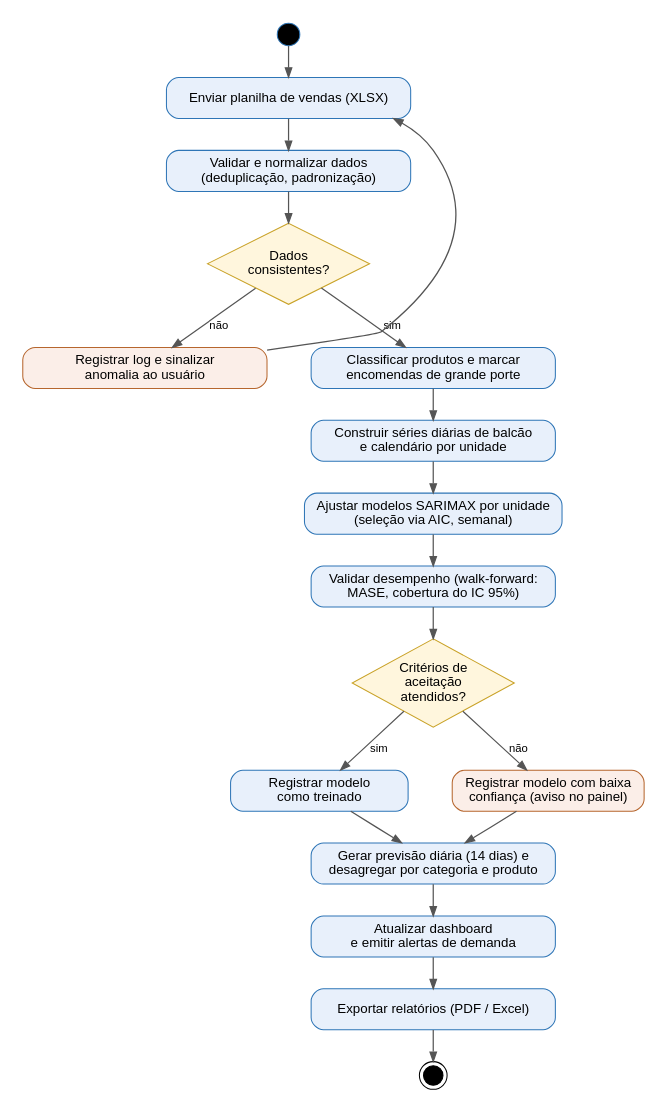
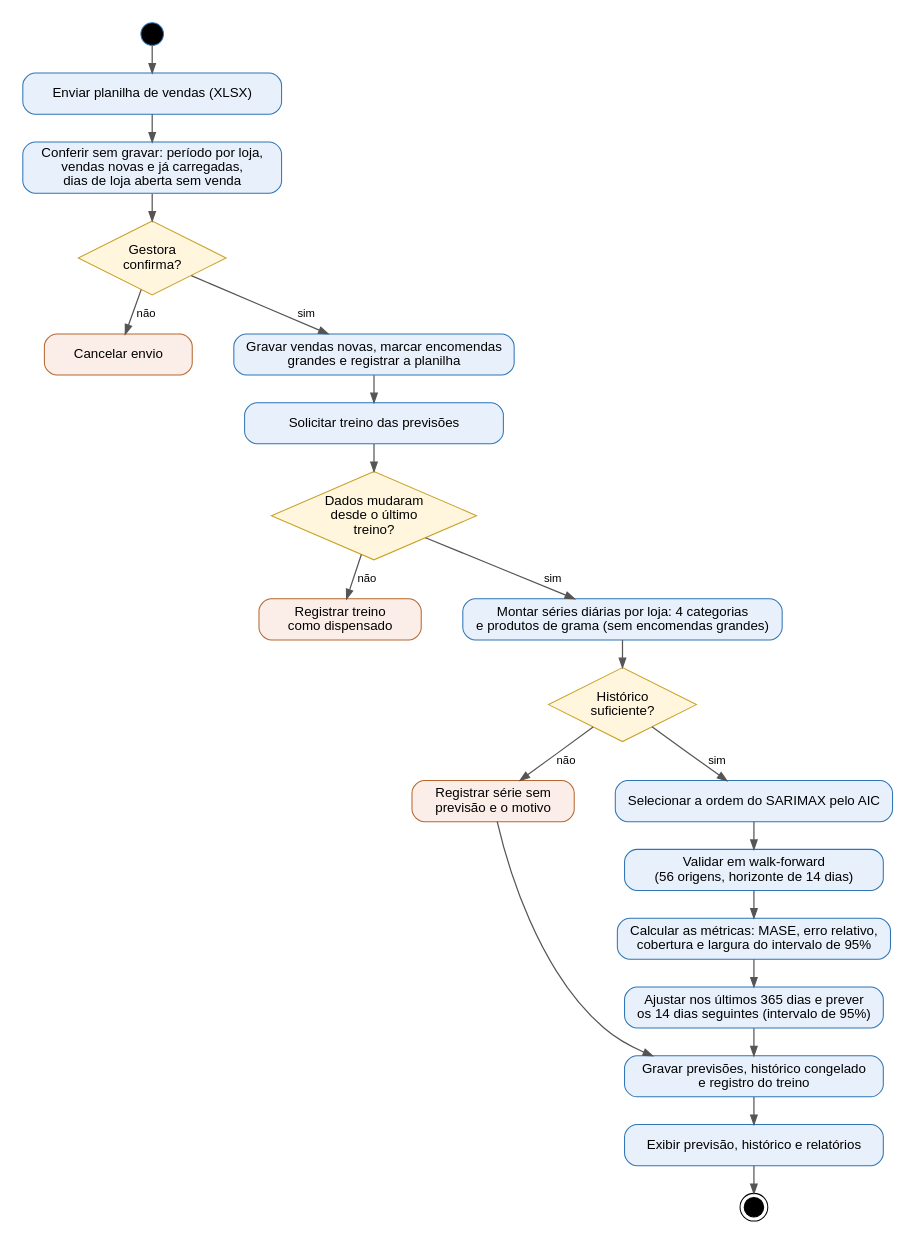
Before and after one commit to FelipeGA02/TCC---Inventory-Forecasting: the diagram in .claude/skills/artigo-tcc/diagramas/fig2_atividades.dot, drawn with Graphviz. The commit also changed 28 other files, not shown here.

First line of the commit message:
docs(artigo): relatório técnico v4 e diagramas revisados

```diff
--- a/.claude/skills/artigo-tcc/diagramas/fig2_atividades.dot
+++ b/.claude/skills/artigo-tcc/diagramas/fig2_atividades.dot
@@ -1,32 +1,40 @@
 digraph ACT {
-  rankdir=TB; nodesep=0.6; ranksep=0.42; pad=0.2;
-  node [fontname="Arial", fontsize=13, shape=box, style="rounded,filled", fillcolor="#e8f0fb", color="#2e75b6", width=3.3, height=0.55];
+  rankdir=TB; nodesep=0.55; ranksep=0.36; pad=0.2;
+  node [fontname="Arial", fontsize=13, shape=box, style="rounded,filled", fillcolor="#e8f0fb", color="#2e75b6", width=3.5, height=0.55];
   edge [color="#555555", arrowsize=0.9, penwidth=1.2, fontname="Arial", fontsize=11];
   ini [shape=circle, label="", width=0.3, height=0.3, fixedsize=true, style=filled, fillcolor="#000000", color="#2e75b6"];
   env [label="Enviar planilha de vendas (XLSX)"];
-  val [label="Validar e normalizar dados\n(deduplicação, padronização)"];
-  ok  [shape=diamond, label="Dados\nconsistentes?", style=filled, fillcolor="#fff6dd", color="#c9a227", width=2.2, height=1.1];
-  log [label="Registrar log e sinalizar\nanomalia ao usuário", fillcolor="#fbeee8", color="#b6662e"];
-  cls [label="Classificar produtos e marcar\nencomendas de grande porte"];
-  ser [label="Construir séries diárias de balcão\ne calendário por unidade"];
-  fit [label="Ajustar modelos SARIMAX por unidade\n(seleção via AIC, semanal)"];
-  wf  [label="Validar desempenho (walk-forward:\nMASE, cobertura do IC 95%)"];
-  cr  [shape=diamond, label="Critérios de\naceitação\natendidos?", style=filled, fillcolor="#fff6dd", color="#c9a227", width=2.2, height=1.2];
-  tr  [label="Registrar modelo\ncomo treinado", width=2.4];
-  lc  [label="Registrar modelo com baixa\nconfiança (aviso no painel)", fillcolor="#fbeee8", color="#b6662e", width=2.6];
-  gp  [label="Gerar previsão diária (14 dias) e\ndesagregar por categoria e produto"];
-  db  [label="Atualizar dashboard\ne emitir alertas de demanda"];
-  ex  [label="Exportar relatórios (PDF / Excel)"];
+  cnf [label="Conferir sem gravar: período por loja,\nvendas novas e já carregadas,\ndias de loja aberta sem venda"];
+  ok  [shape=diamond, label="Gestora\nconfirma?", style=filled, fillcolor="#fff6dd", color="#c9a227", width=2.0, height=1.0];
+  cnc [label="Cancelar envio", fillcolor="#fbeee8", color="#b6662e", width=2.0];
+  grv [label="Gravar vendas novas, marcar encomendas\ngrandes e registrar a planilha"];
+  trn [label="Solicitar treino das previsões"];
+  mud [shape=diamond, label="Dados mudaram\ndesde o último\ntreino?", style=filled, fillcolor="#fff6dd", color="#c9a227", width=2.2, height=1.2];
+  skp [label="Registrar treino\ncomo dispensado", fillcolor="#fbeee8", color="#b6662e", width=2.2];
+  ser [label="Montar séries diárias por loja: 4 categorias\ne produtos de grama (sem encomendas grandes)"];
+  suf [shape=diamond, label="Histórico\nsuficiente?", style=filled, fillcolor="#fff6dd", color="#c9a227", width=2.0, height=1.0];
+  ins [label="Registrar série sem\nprevisão e o motivo", fillcolor="#fbeee8", color="#b6662e", width=2.2];
+  aic [label="Selecionar a ordem do SARIMAX pelo AIC"];
+  wf  [label="Validar em walk-forward\n(56 origens, horizonte de 14 dias)"];
+  met [label="Calcular as métricas: MASE, erro relativo,
+cobertura e largura do intervalo de 95%"];
+  fin [label="Ajustar nos últimos 365 dias e prever\nos 14 dias seguintes (intervalo de 95%)"];
+  gh  [label="Gravar previsões, histórico congelado\ne registro do treino"];
+  tel [label="Exibir previsão, histórico e relatórios"];
   fim [shape=doublecircle, label="", width=0.26, height=0.26, fixedsize=true, style=filled, fillcolor="#000000", color="#000000"];
-  ini -> env -> val -> ok;
-  ok -> cls [label=" sim"];
-  ok -> log [label=" não"];
-  log -> env [constraint=false];
-  cls -> ser -> fit -> wf -> cr;
-  cr -> tr [label=" sim"];
-  cr -> lc [label=" não"];
-  tr -> gp; lc -> gp;
-  gp -> db -> ex -> fim;
-  {rank=same; cls; log;}
-  {rank=same; tr; lc;}
+  ini -> env -> cnf -> ok;
+  ok -> grv [label=" sim"];
+  ok -> cnc [label=" não"];
+  grv -> trn -> mud;
+  mud -> ser [label=" sim"];
+  mud -> skp [label=" não"];
+  ser -> suf;
+  suf -> aic [label=" sim"];
+  suf -> ins [label=" não"];
+  aic -> wf -> met -> fin;
+  fin -> gh; ins -> gh [constraint=false];
+  gh -> tel -> fim;
+  {rank=same; grv; cnc;}
+  {rank=same; ser; skp;}
+  {rank=same; aic; ins;}
 }
```
